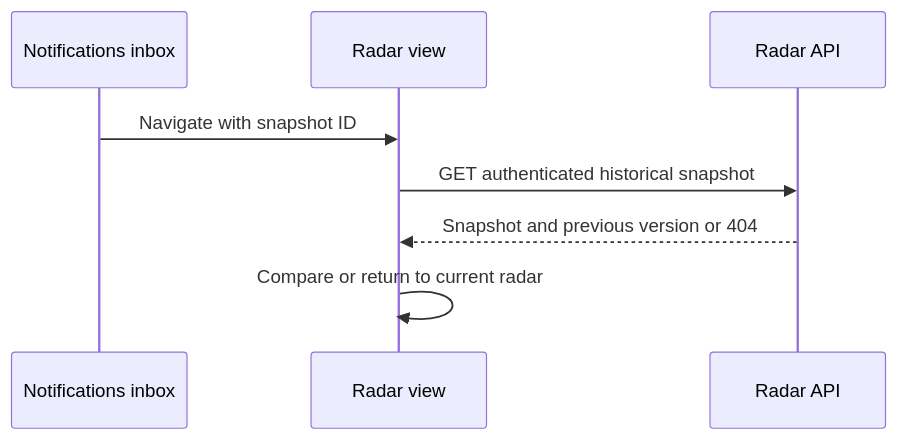
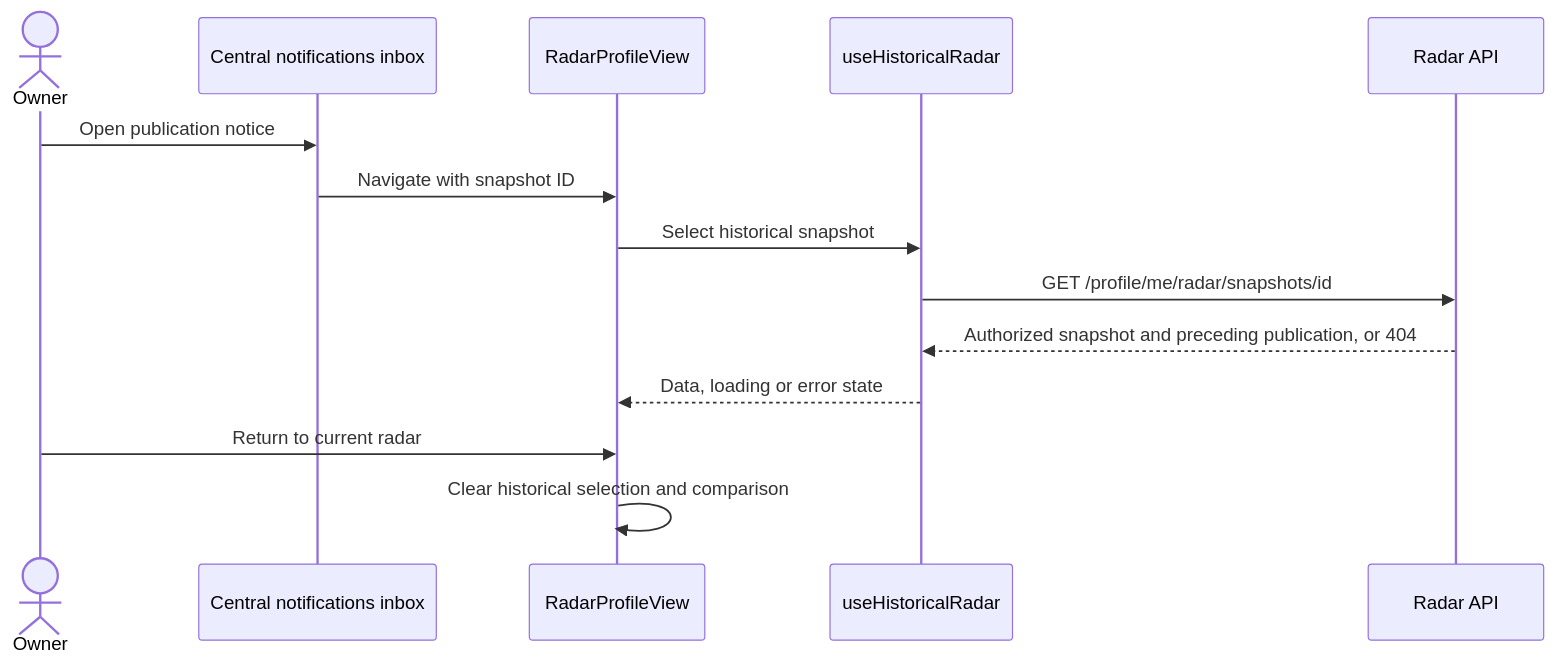
One commit to UMSSY/umssy-app changed the fourth of 4 diagrams in docs/radar-chart/README.md. Above: the diagram before and after it, drawn with Mermaid. The commit also changed other lines of this file and 4 other files, not shown here.

Commit message:
docs(radar): document delivered user flows

````diff
--- a/docs/radar-chart/README.md
+++ b/docs/radar-chart/README.md
@@ -82,10 +104,16 @@
 ```mermaid
 sequenceDiagram
-    participant Inbox as Notifications inbox
-    participant View as Radar view
-    participant API as Radar API
-    Inbox->>View: Navigate with snapshot ID
-    View->>API: GET authenticated historical snapshot
-    API-->>View: Snapshot and previous version or 404
-    View->>View: Compare or return to current radar
+  actor Owner
+  participant Inbox as Central notifications inbox
+  participant View as RadarProfileView
+  participant Hook as useHistoricalRadar
+  participant API as Radar API
+  Owner->>Inbox: Open publication notice
+  Inbox->>View: Navigate with snapshot ID
+  View->>Hook: Select historical snapshot
+  Hook->>API: GET /profile/me/radar/snapshots/id
+  API-->>Hook: Authorized snapshot and preceding publication, or 404
+  Hook-->>View: Data, loading or error state
+  Owner->>View: Return to current radar
+  View->>View: Clear historical selection and comparison
 ```
````
